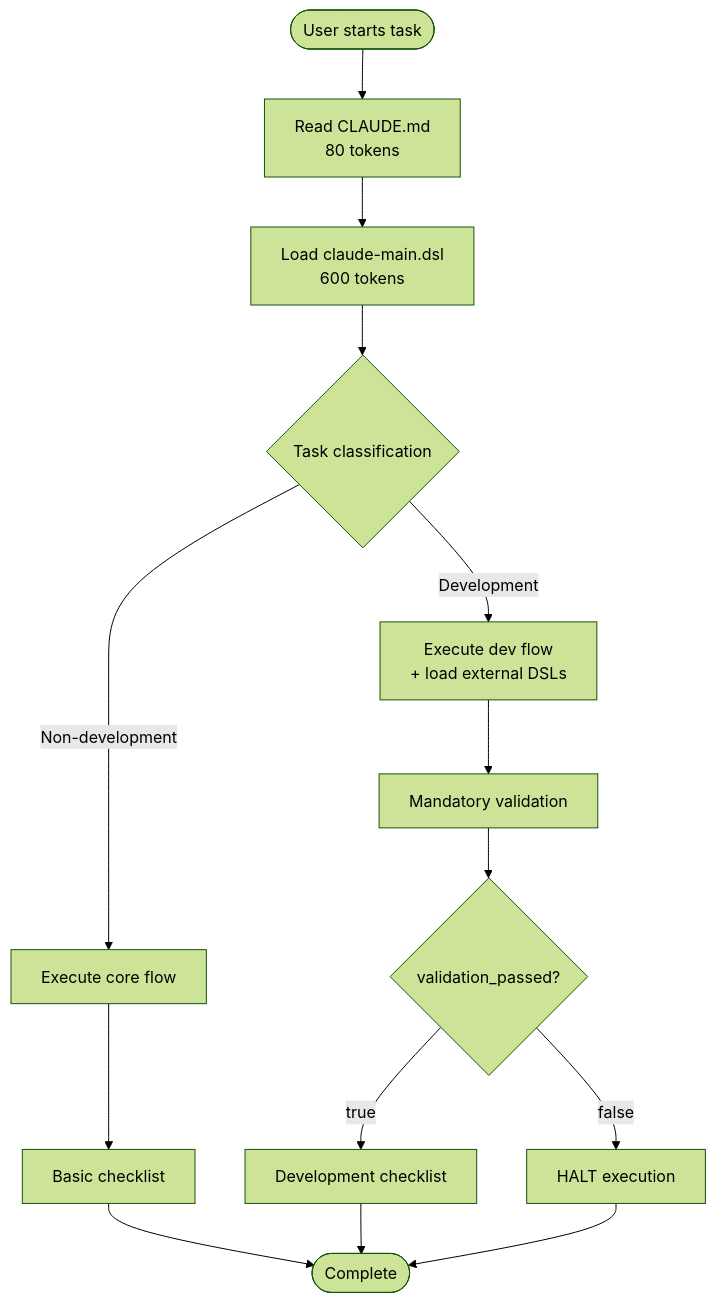
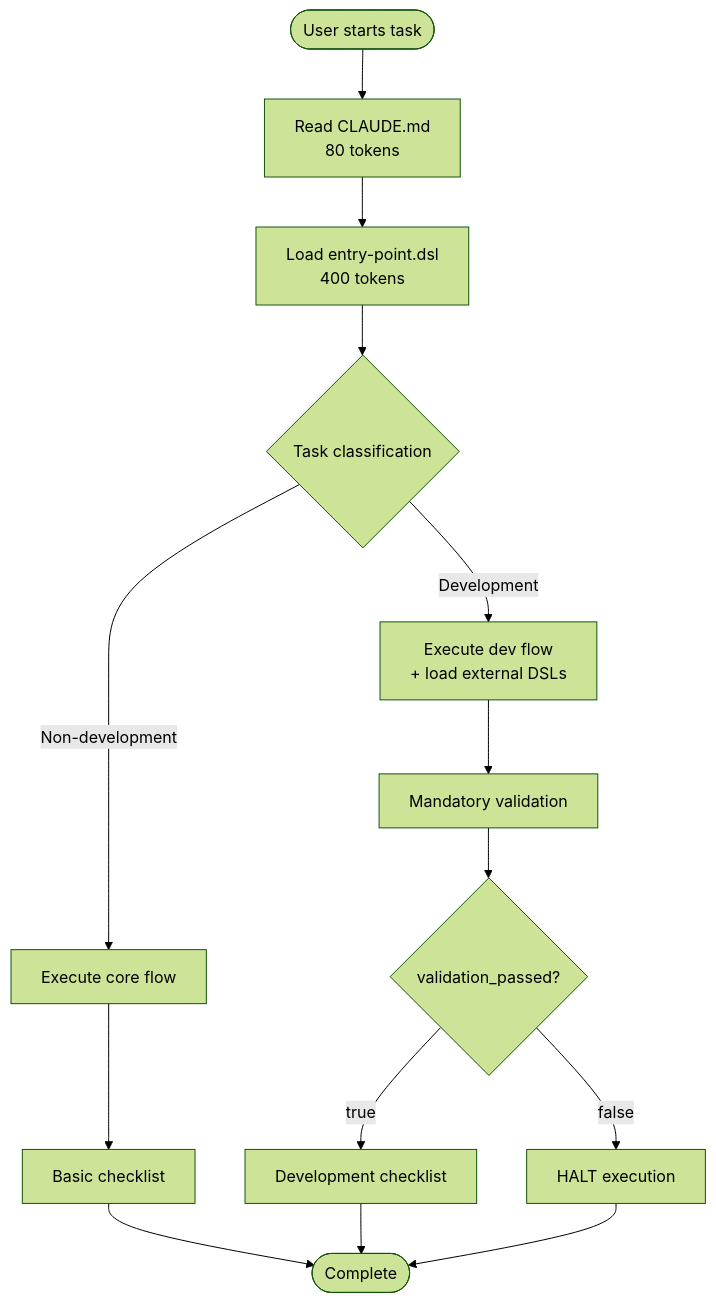
One commit to reivosar/claude-code-engineering-guide changed the first of 8 diagrams in dsl/FLOW.md. Above: the diagram before and after it, drawn with Mermaid (forest theme). The commit also changed other lines of this file and 1 other file, not shown here.

First line of the commit message:
UPDATE: Fix documentation to reflect DSL file renaming

````diff
--- a/dsl/FLOW.md
+++ b/dsl/FLOW.md
@@ -6,20 +6,20 @@
 ```mermaid
 graph TB
     Start([User starts task]) --> ReadClaude[Read CLAUDE.md<br/>80 tokens]
-    ReadClaude --> LoadMain[Load claude-main.dsl<br/>600 tokens]
+    ReadClaude --> LoadMain[Load entry-point.dsl<br/>400 tokens]
     LoadMain --> ClassifyTask{Task classification}
     
     ClassifyTask -->|Non-development| CoreFlow[Execute core flow]
     ClassifyTask -->|Development| DevFlow[Execute dev flow<br/>+ load external DSLs]
     
     CoreFlow --> BasicCheck[Basic checklist]
     DevFlow --> Validate[Mandatory validation]
     
     Validate --> ValidationCheck{validation_passed?}
     ValidationCheck -->|false| Halt[HALT execution]
     ValidationCheck -->|true| DevCheck[Development checklist]
     
     BasicCheck --> End([Complete])
     DevCheck --> End
     Halt --> End
 ```
````
